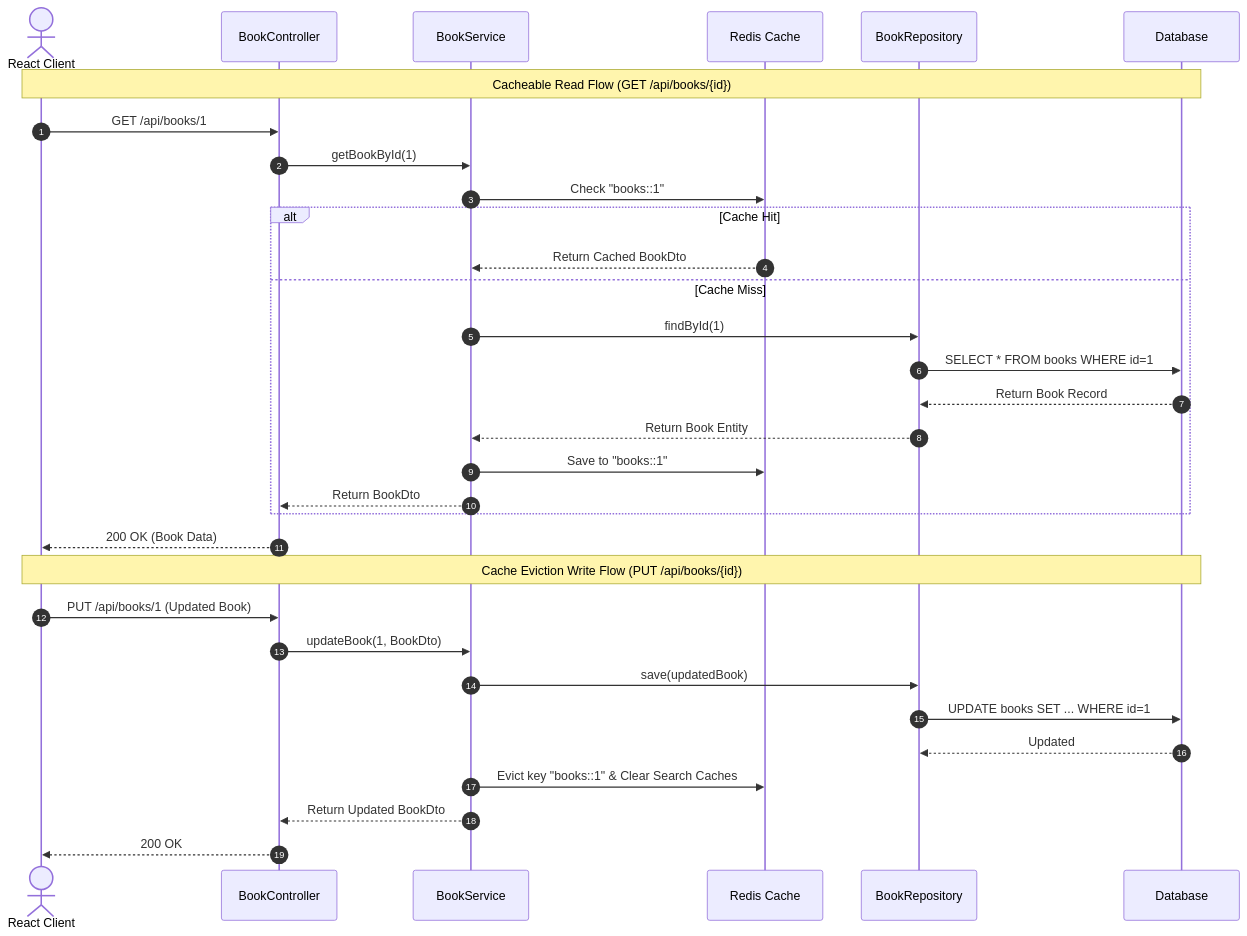
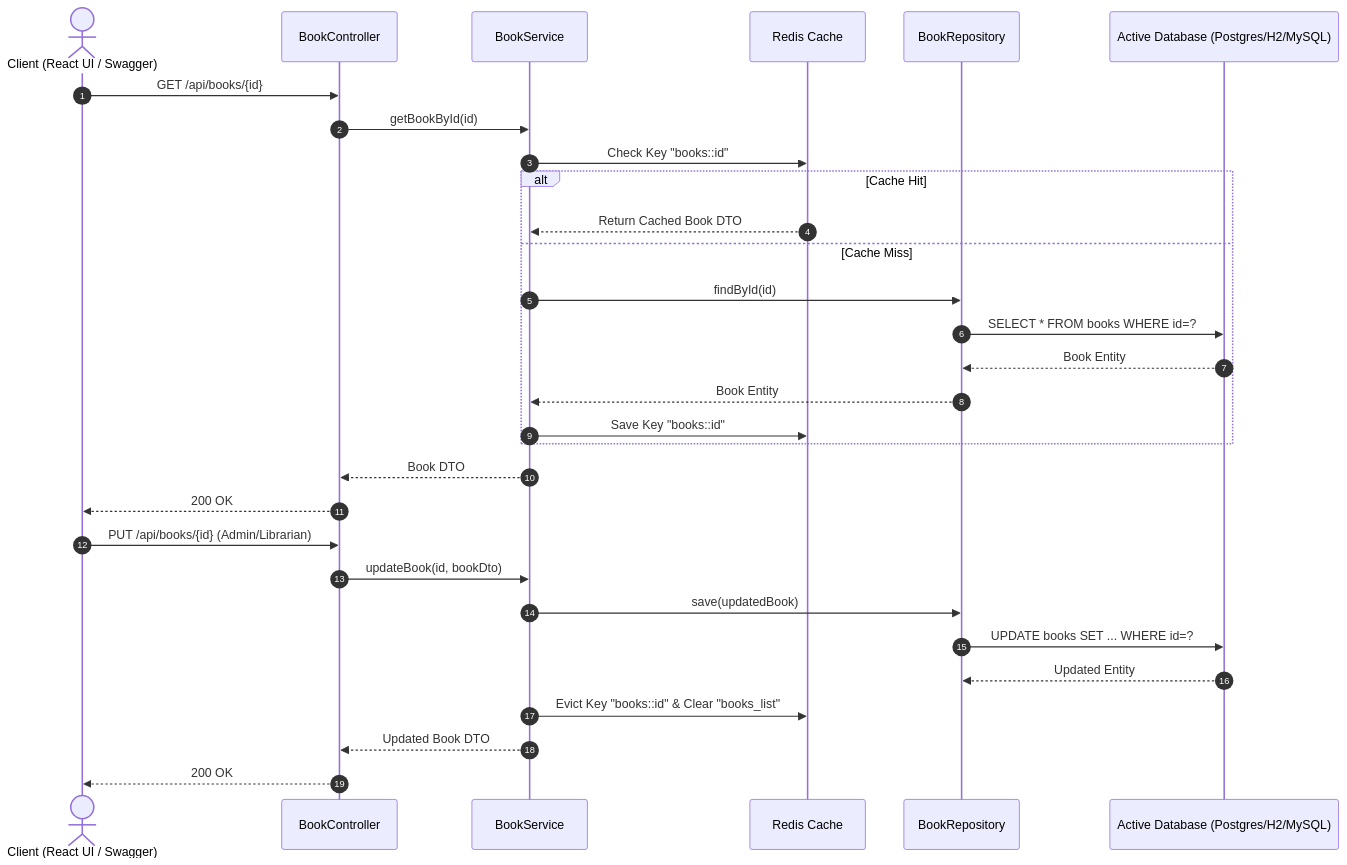
Before and after one commit to syskantechnosoft/bookstore: the fifth of 5 diagrams in README.md, drawn with Mermaid. The commit also changed other lines of this file, not shown here.

Commit message:
Add Swagger UI testing guide with sample request JSON payloads to README.md

````diff
--- a/README.md
+++ b/README.md
@@ -217,36 +200,34 @@
 ```mermaid
 sequenceDiagram
     autonumber
-    actor Client as React Client
-    participant Controller as BookController
-    participant Service as BookService
+    actor Client as Client (React UI / Swagger)
+    participant Ctrl as BookController
+    participant Svc as BookService
     participant Cache as Redis Cache
     participant Repo as BookRepository
-    participant DB as Database
+    participant DB as Active Database (Postgres/H2/MySQL)
 
-    Note over Client, DB: Cacheable Read Flow (GET /api/books/{id})
-    Client->>Controller: GET /api/books/1
-    Controller->>Service: getBookById(1)
-    Service->>Cache: Check "books::1"
+    Client->>Ctrl: GET /api/books/{id}
+    Ctrl->>Svc: getBookById(id)
+    Svc->>Cache: Check Key "books::id"
     alt Cache Hit
-        Cache-->>Service: Return Cached BookDto
+        Cache-->>Svc: Return Cached Book DTO
     else Cache Miss
-        Service->>Repo: findById(1)
-        Repo->>DB: SELECT * FROM books WHERE id=1
-        DB-->>Repo: Return Book Record
-        Repo-->>Service: Return Book Entity
-        Service->>Cache: Save to "books::1"
-        Service-->>Controller: Return BookDto
+        Svc->>Repo: findById(id)
+        Repo->>DB: SELECT * FROM books WHERE id=?
+        DB-->>Repo: Book Entity
+        Repo-->>Svc: Book Entity
+        Svc->>Cache: Save Key "books::id"
     end
-    Controller-->>Client: 200 OK (Book Data)
+    Svc-->>Ctrl: Book DTO
+    Ctrl-->>Client: 200 OK
 
-    Note over Client, DB: Cache Eviction Write Flow (PUT /api/books/{id})
-    Client->>Controller: PUT /api/books/1 (Updated Book)
-    Controller->>Service: updateBook(1, BookDto)
-    Service->>Repo: save(updatedBook)
-    Repo->>DB: UPDATE books SET ... WHERE id=1
-    DB-->>Repo: Updated
-    Service->>Cache: Evict key "books::1" & Clear Search Caches
-    Service-->>Controller: Return Updated BookDto
-    Controller-->>Client: 200 OK
+    Client->>Ctrl: PUT /api/books/{id} (Admin/Librarian)
+    Ctrl->>Svc: updateBook(id, bookDto)
+    Svc->>Repo: save(updatedBook)
+    Repo->>DB: UPDATE books SET ... WHERE id=?
+    DB-->>Repo: Updated Entity
+    Svc->>Cache: Evict Key "books::id" & Clear "books_list"
+    Svc-->>Ctrl: Updated Book DTO
+    Ctrl-->>Client: 200 OK
 ```
````
